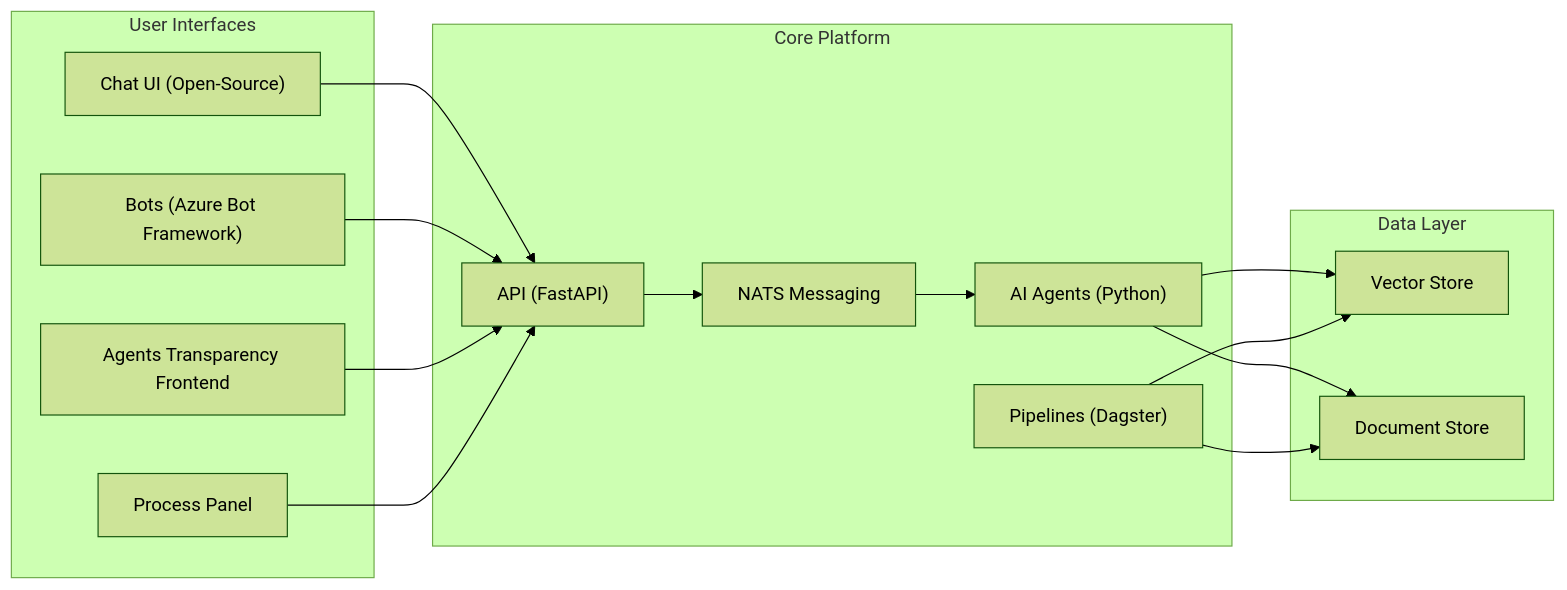
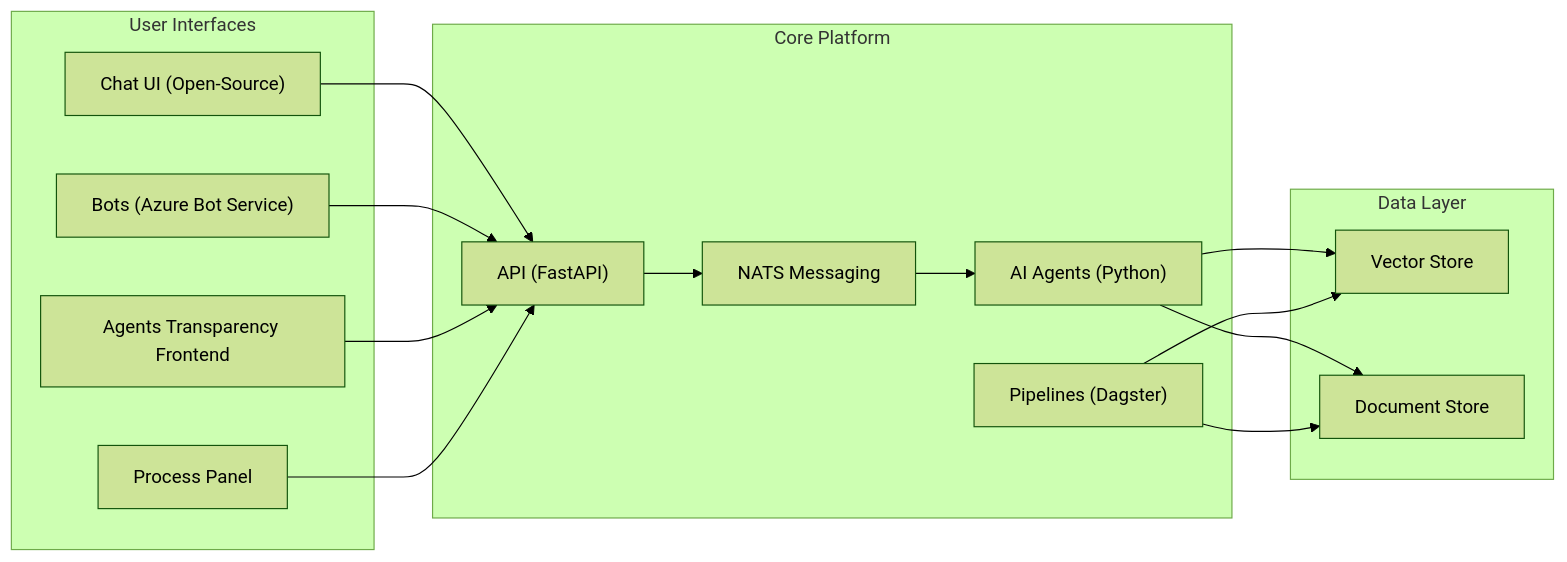
The second of 2 diagrams in aihub_doc/1_introduction.md (bbvch-ai/aihub-core), drawn with Mermaid (forest theme) before and after one commit. The commit also changed other lines of this file and 1 other file, not shown here.

````diff
--- a/aihub_doc/1_introduction.md
+++ b/aihub_doc/1_introduction.md
@@ -319,36 +328,36 @@
 ```mermaid
 flowchart LR
 
   subgraph "User Interfaces"
     ChatUI["Chat UI (Open-Source)"]
-    Bots["Bots (Azure Bot Framework)"]
+    Bots["Bots (Azure Bot Service)"]
     TransparencyUI["Agents Transparency Frontend"]
     ProcessPanel["Process Panel"]
   end
 
   subgraph "Core Platform"
     API["API (FastAPI)"]
     Messaging["NATS Messaging"]
     Agents["AI Agents (Python)"]
     Pipelines["Pipelines (Dagster)"]
   end
 
   subgraph "Data Layer"
     VectorStore["Vector Store"]
     DocStore["Document Store"]
   end
 
   ChatUI --> API
   Bots --> API
   TransparencyUI --> API
   ProcessPanel --> API
 
   API --> Messaging
   Messaging --> Agents
 
   Agents --> VectorStore
   Agents --> DocStore
 
   Pipelines --> VectorStore
   Pipelines --> DocStore
 ```
````
